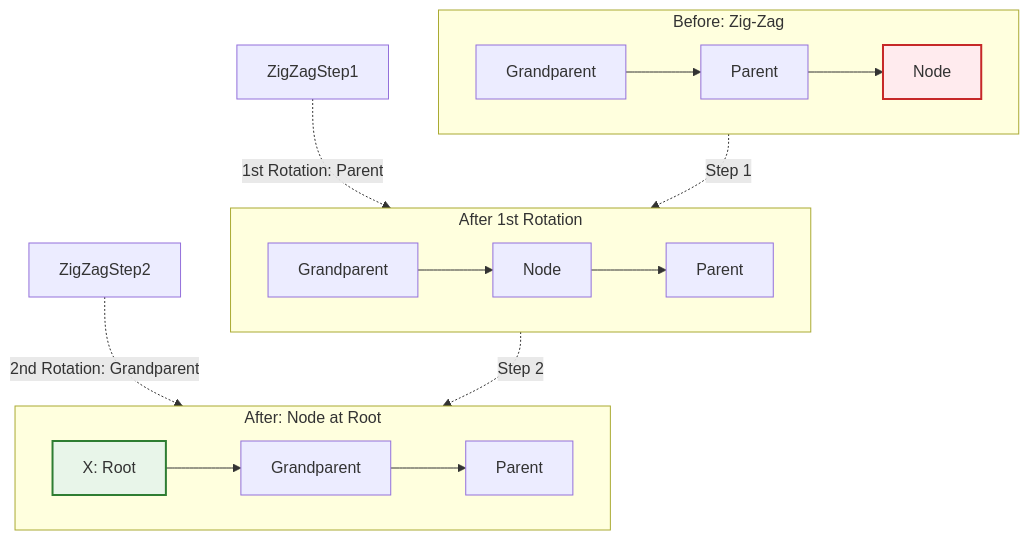
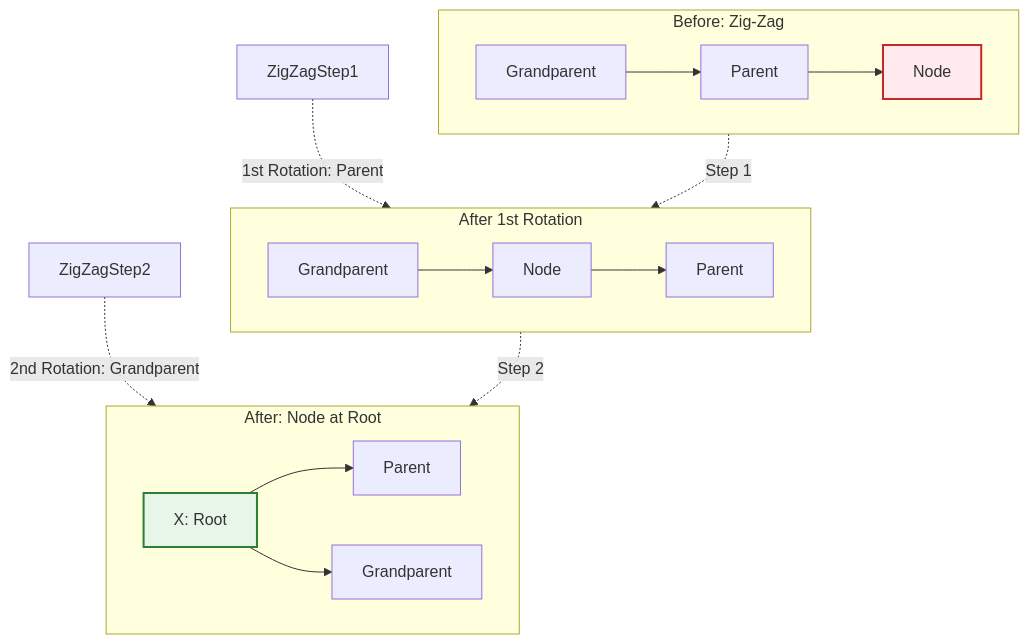
Before and after one commit to imyash0722/SEM3-DSA-UE25CS52A-STUDY-MATERIAL: the third of 4 diagrams in site/docs/unit3/theory/unit3_08_splay_trees.md, drawn with Mermaid. The commit also changed 113 other files, not shown here.

Commit message:
Fix Mermaid diagram syntax, dark mode readability, algorithmic visualizations, and update site build

````diff
--- a/site/docs/unit3/theory/unit3_08_splay_trees.md
+++ b/site/docs/unit3/theory/unit3_08_splay_trees.md
@@ -63,26 +63,26 @@
 ```mermaid
 graph TD
     subgraph ZigZagBefore[Before: Zig-Zag]
         G[Grandparent] --> P[Parent]
         P --> X[Node]
     end
     
     ZigZagStep1 -.->|1st Rotation: Parent| ZigZagMid
     
     subgraph ZigZagMid[After 1st Rotation]
         G2[Grandparent] --> X2[Node]
         X2 --> P2[Parent]
     end
     
     ZigZagStep2 -.->|2nd Rotation: Grandparent| ZigZagAfter
     
     subgraph ZigZagAfter[After: Node at Root]
-        X3[X: Root] --> G3[Grandparent]
-        G3 --> P3[Parent]
+        X3[X: Root] --> P3[Parent]
+        X3 --> G3[Grandparent]
     end
     
     ZigZagBefore -.->|Step 1| ZigZagMid -.->|Step 2| ZigZagAfter
     
     style X fill:#ffebee,stroke:#c62828,stroke-width:2px
     style X3 fill:#e8f5e9,stroke:#2e7d32,stroke-width:2px
 ```
````
